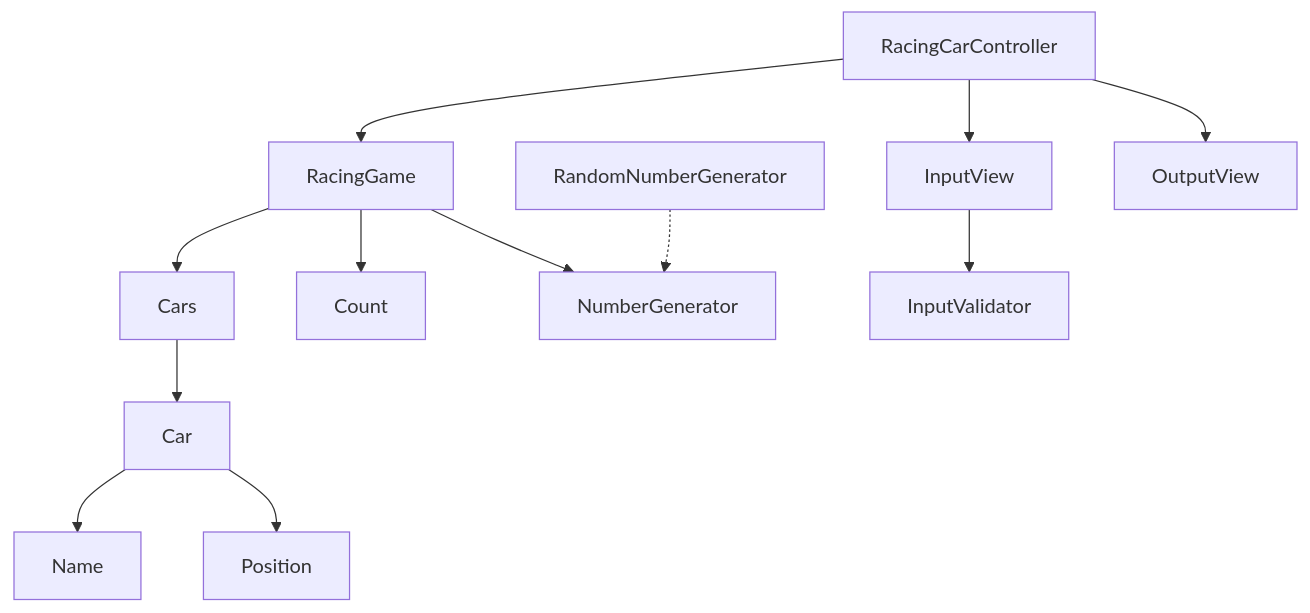
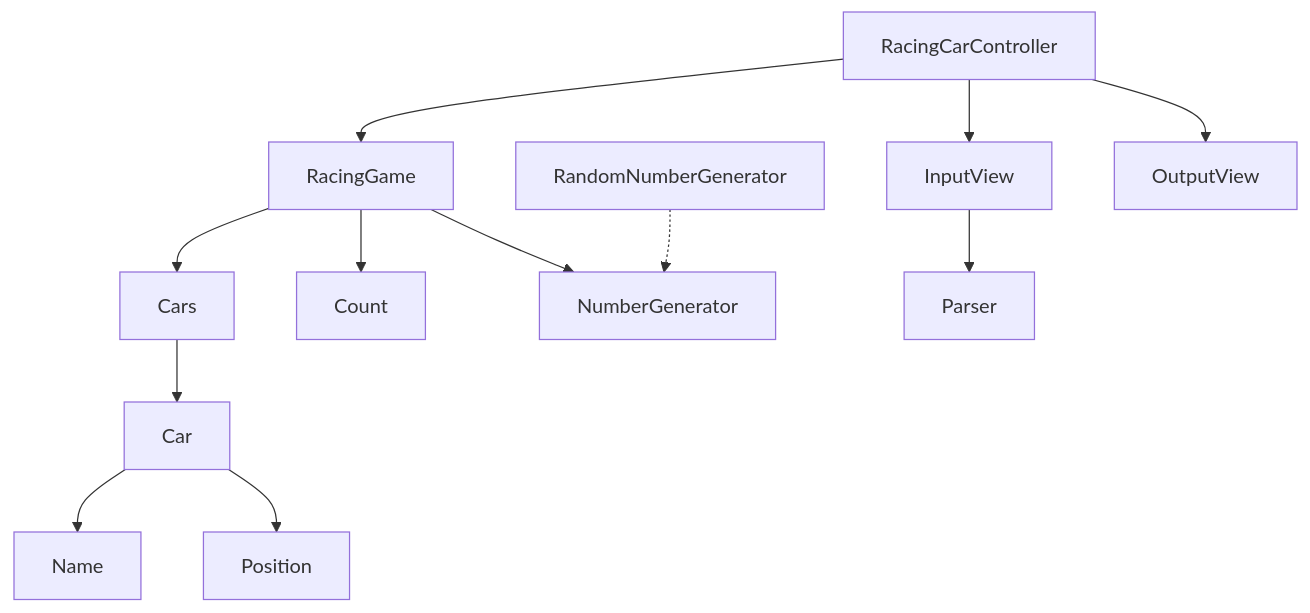
One commit to woowacourse/java-racingcar changed the diagram in README.md. Above: the diagram before and after it, drawn with Mermaid. The commit also changed other lines of this file and 13 other files, not shown here.

````diff
--- a/README.md
+++ b/README.md
@@ -54,14 +54,14 @@
 ```mermaid
 graph TD
     Cars --> Car
     Car --> Name
     Car --> Position
     RacingGame --> Count
     RacingGame --> NumberGenerator
     RacingGame --> Cars
     RacingCarController --> RacingGame
     RandomNumberGenerator -.-> NumberGenerator
     RacingCarController --> InputView
-    InputView --> InputValidator
+    InputView --> Parser
     RacingCarController --> OutputView
 ```
````
